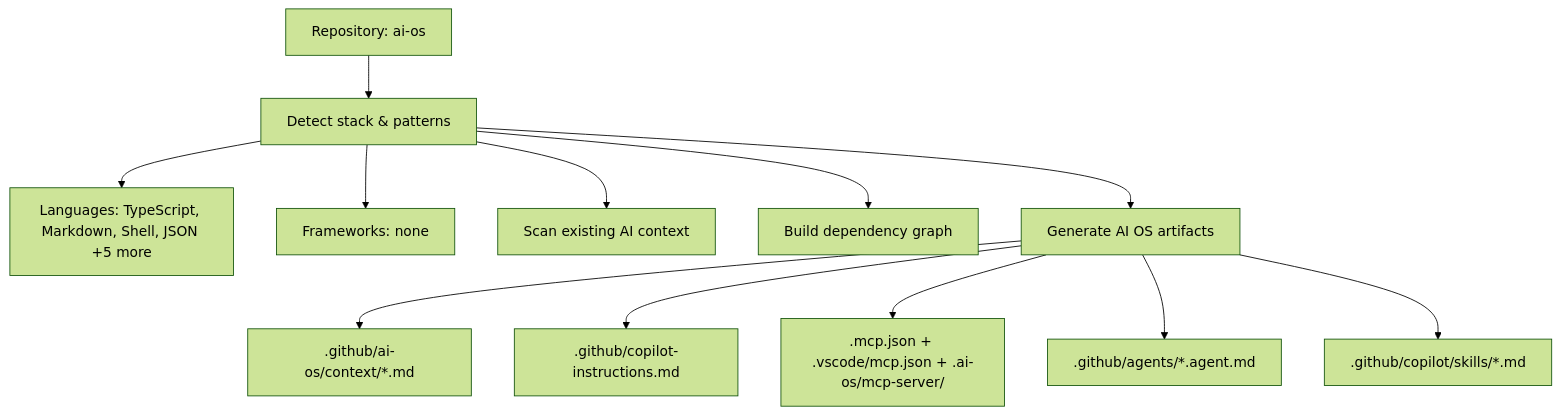
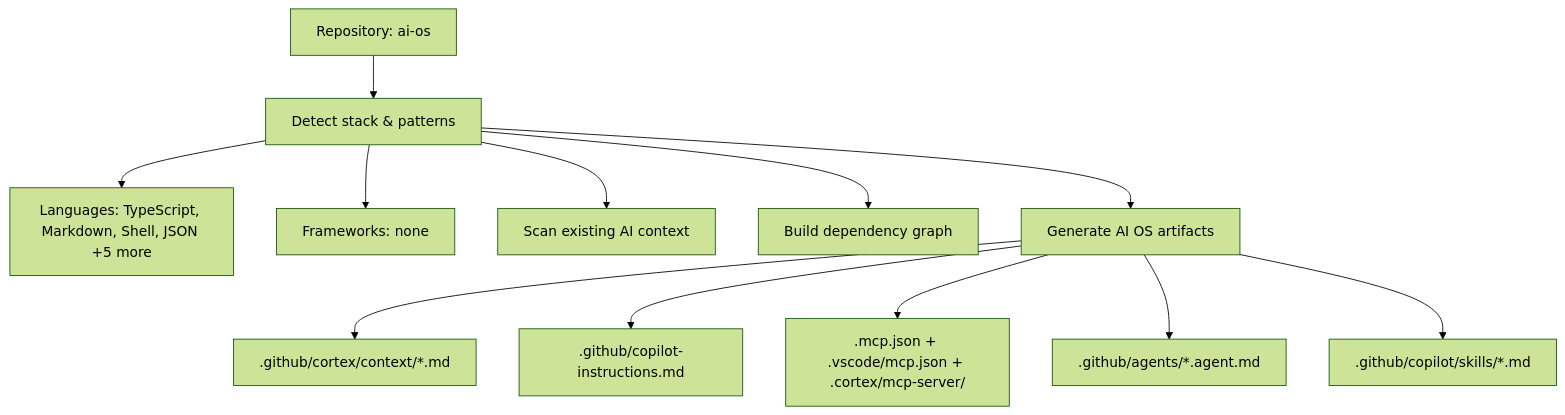
One commit to marinvch/Cortex changed the diagram in .github/cortex/context/architecture.md. Above: the diagram before and after it, drawn with Mermaid (forest theme). The commit also changed 7 other files, not shown here.

Commit message:
chore(brand): clean generate pollution; finish engine-subtree + dogfood doc rename to cortex

````diff
--- a/.github/cortex/context/architecture.md
+++ b/.github/cortex/context/architecture.md
@@ -43,14 +43,14 @@
 ```mermaid
 flowchart TD
   Repo["Repository: ai-os"] --> Detect["Detect stack & patterns"]
   Detect --> Lang["Languages: TypeScript, Markdown, Shell, JSON +5 more"]
   Detect --> Fw["Frameworks: none"]
   Detect --> Ctx["Scan existing AI context"]
   Detect --> Graph["Build dependency graph"]
   Detect --> Generate["Generate AI OS artifacts"]
-  Generate --> Docs[".github/ai-os/context/*.md"]
+  Generate --> Docs[".github/cortex/context/*.md"]
   Generate --> Instr[".github/copilot-instructions.md"]
-  Generate --> MCP[".mcp.json + .vscode/mcp.json + .ai-os/mcp-server/"]
+  Generate --> MCP[".mcp.json + .vscode/mcp.json + .cortex/mcp-server/"]
   Generate --> Agents[".github/agents/*.agent.md"]
   Generate --> Skills[".github/copilot/skills/*.md"]
 ```
````
